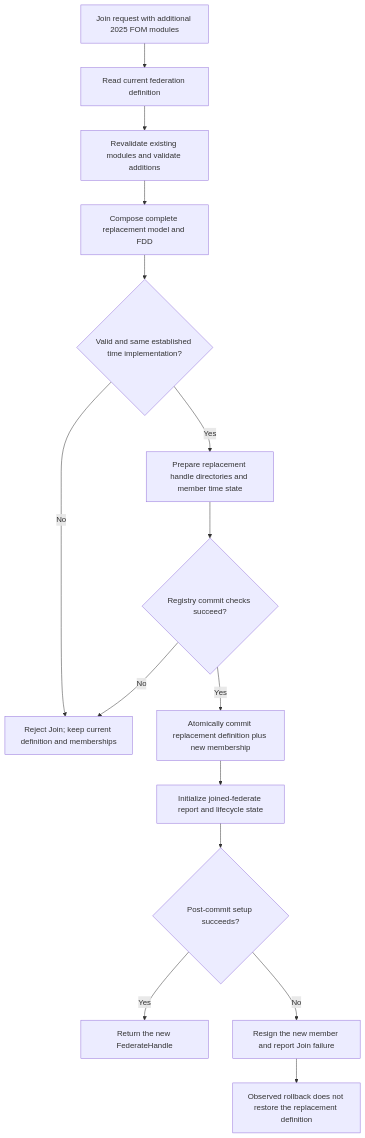
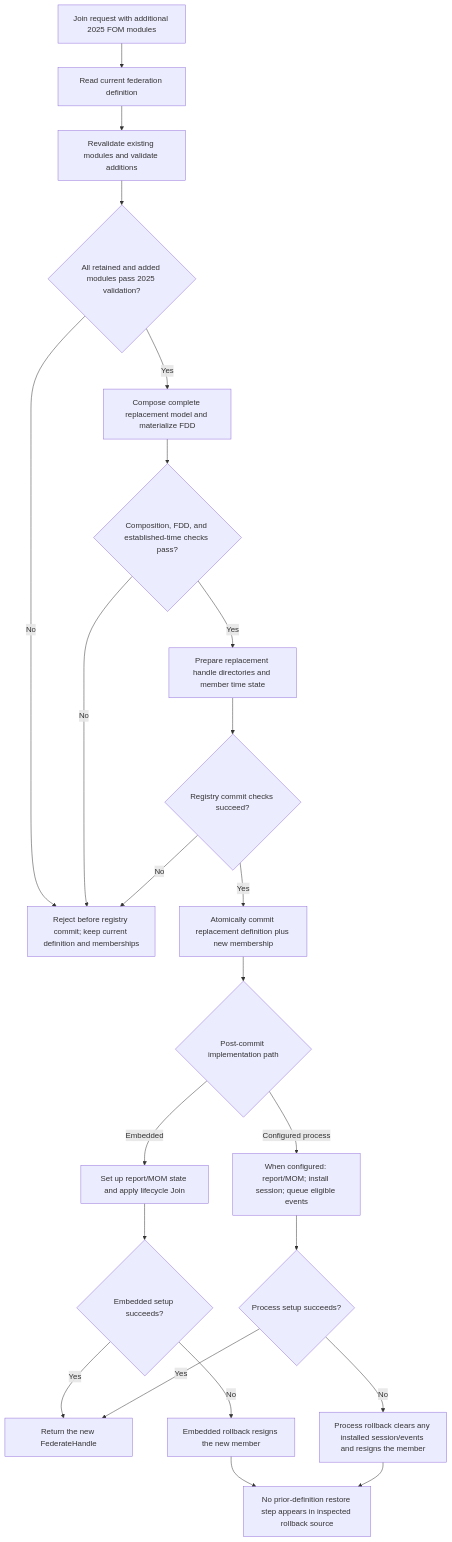
The fifth of 8 diagrams in docs/design/HLA-2025-FOM-MODULE-ADMISSION-AND-COMPOSITION-FLOW-GUIDE.md (sheepfling/umbra), drawn with Mermaid before and after one commit. The commit also changed other lines of this file and 668 other files, not shown here.

````diff
--- a/docs/design/HLA-2025-FOM-MODULE-ADMISSION-AND-COMPOSITION-FLOW-GUIDE.md
+++ b/docs/design/HLA-2025-FOM-MODULE-ADMISSION-AND-COMPOSITION-FLOW-GUIDE.md
@@ -187,17 +348,25 @@
 ```mermaid
 flowchart TD
   A[Join request with additional 2025 FOM modules] --> B[Read current federation definition]
   B --> C[Revalidate existing modules and validate additions]
-  C --> D[Compose complete replacement model and FDD]
-  D --> E{Valid and same established time implementation?}
-  E -- No --> F[Reject Join; keep current definition and memberships]
-  E -- Yes --> G[Prepare replacement handle directories and member time state]
+  C --> D{All retained and added modules pass 2025 validation?}
+  D -- No --> X[Reject before registry commit; keep current definition and memberships]
+  D -- Yes --> E[Compose complete replacement model and materialize FDD]
+  E --> F{Composition, FDD, and established-time checks pass?}
+  F -- No --> X
+  F -- Yes --> G[Prepare replacement handle directories and member time state]
   G --> H{Registry commit checks succeed?}
-  H -- No --> F
+  H -- No --> X
   H -- Yes --> I[Atomically commit replacement definition plus new membership]
-  I --> J[Initialize joined-federate report and lifecycle state]
-  J --> K{Post-commit setup succeeds?}
-  K -- Yes --> L[Return the new FederateHandle]
-  K -- No --> M[Resign the new member and report Join failure]
-  M --> N[Observed rollback does not restore the replacement definition]
+  I --> P{Post-commit implementation path}
+  P -- Embedded --> J[Set up report/MOM state and apply lifecycle Join]
+  P -- Configured process --> Q[When configured: report/MOM; install session; queue eligible events]
+  J --> R{Embedded setup succeeds?}
+  Q --> S{Process setup succeeds?}
+  R -- Yes --> L[Return the new FederateHandle]
+  S -- Yes --> L
+  R -- No --> T[Embedded rollback resigns the new member]
+  S -- No --> U[Process rollback clears any installed session/events and resigns the member]
+  T --> V[No prior-definition restore step appears in inspected rollback source]
+  U --> V
 ```
````
